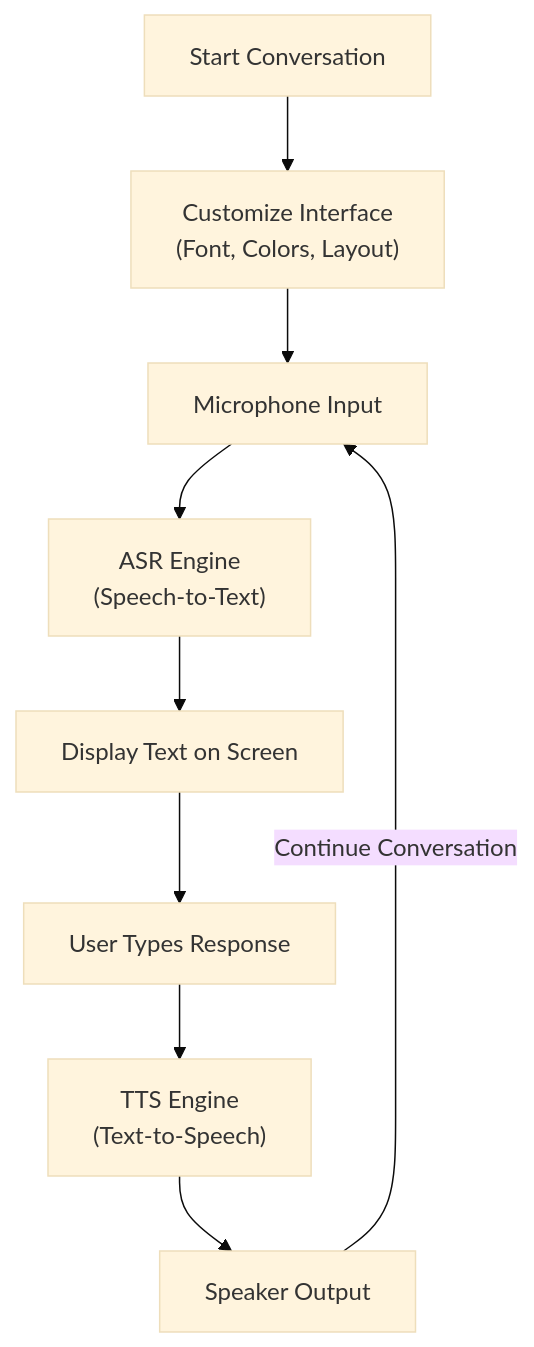
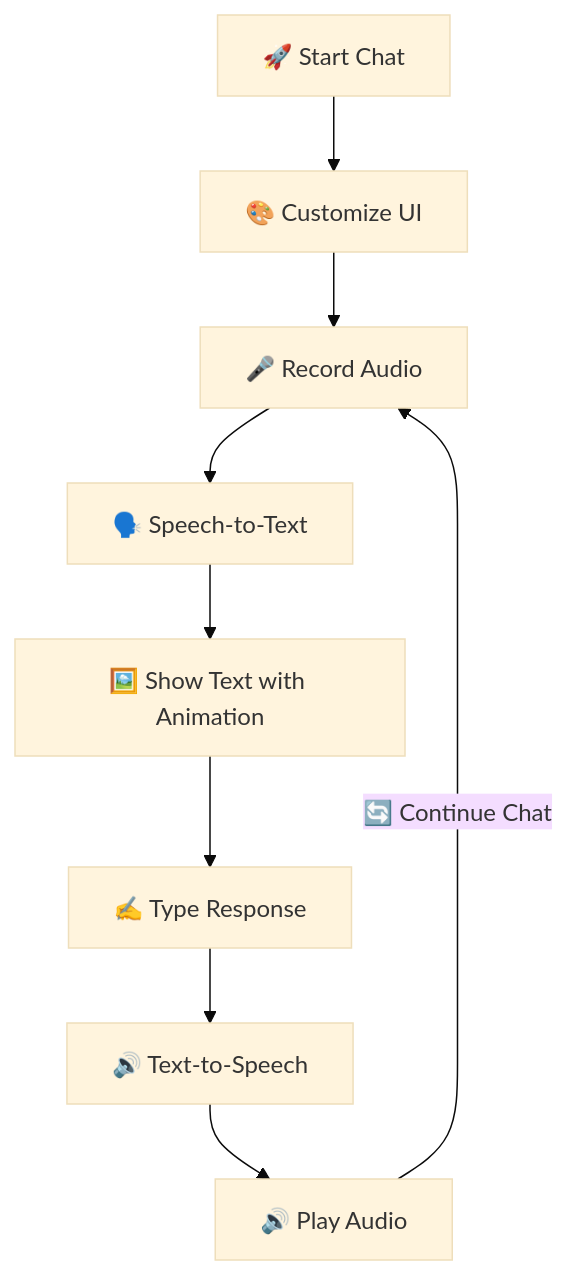
Before and after one commit to Parham-Dehghan/ai-eyes-for-the-blind: the second of 4 diagrams in README.md, drawn with Mermaid (base theme). The commit also changed other lines of this file, not shown here.

````diff
--- a/README.md
+++ b/README.md
@@ -65,11 +66,11 @@
 ```mermaid
 flowchart TD
-    Start[Start Conversation] --> Config["Customize Interface\n(Font, Colors, Layout)"]
-    Config --> Mic[Microphone Input]
-    Mic --> ASR["ASR Engine\n(Speech-to-Text)"]
-    ASR --> Display[Display Text on Screen]
-    Display --> Type[User Types Response]
-    Type --> TTS["TTS Engine\n(Text-to-Speech)"]
-    TTS --> Speaker[Speaker Output]
-    Speaker -->|Continue Conversation| Mic
+    Start[🚀 Start Chat] --> Config[🎨 Customize UI]
+    Config --> Mic[🎤 Record Audio]
+    Mic --> ASR[🗣️ Speech-to-Text]
+    ASR --> Display[🖼️ Show Text with Animation]
+    Display --> Type[✍️ Type Response]
+    Type --> TTS[🔊 Text-to-Speech]
+    TTS --> Speaker[🔊 Play Audio]
+    Speaker -->|🔄 Continue Chat| Mic
 ```
````
